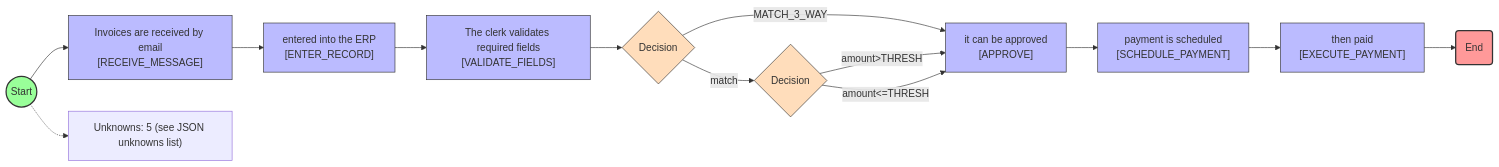
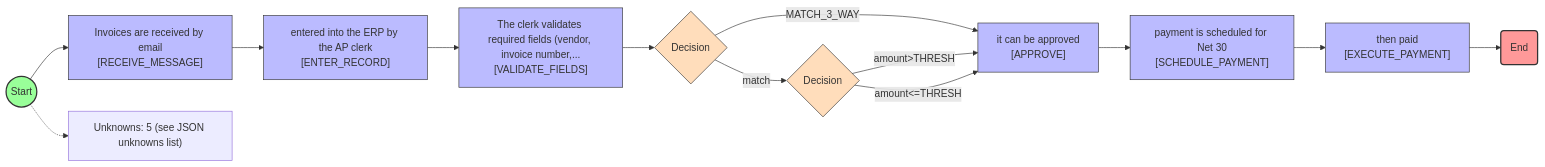
One commit to Trevmichi/process-extraction-kernel changed the diagram in outputs/ap_doc_001_auto.mmd. Above: the diagram before and after it, drawn with Mermaid. The commit also changed 59 other files, not shown here.

```diff
--- a/outputs/ap_doc_001_auto.mmd
+++ b/outputs/ap_doc_001_auto.mmd
@@ -1,34 +1,34 @@
 flowchart LR
   n1((Start))
   n2["Invoices are received by email\n[RECEIVE_MESSAGE]"]
-  n3["entered into the ERP\n[ENTER_RECORD]"]
-  n4["The clerk validates required fields\n[VALIDATE_FIELDS]"]
+  n3["entered into the ERP by the AP clerk\n[ENTER_RECORD]"]
+  n4["The clerk validates required fields (vendor, invoice number,...\n[VALIDATE_FIELDS]"]
   n5{"Decision\n<MATCH_3_WAY>"}
   n6["it can be approved\n[APPROVE]"]
   n7{"Decision\n<THRESHOLD_AMOUNT>"}
-  n8["payment is scheduled\n[SCHEDULE_PAYMENT]"]
+  n8["payment is scheduled for Net 30\n[SCHEDULE_PAYMENT]"]
   n9["then paid\n[EXECUTE_PAYMENT]"]
   n10(End)
   n1 --> n2
   n2 --> n3
   n3 --> n4
   n4 --> n5
   n5 -->|MATCH_3_WAY| n6
   n8 --> n9
   n9 --> n10
   n7 -->|amount>THRESH| n6
   n7 -->|amount<=THRESH| n6
   n6 --> n8
   n5 -->|match| n7
   U_NOTE["Unknowns: 5 (see JSON unknowns list)"]
   n1 -.-> U_NOTE
   style n1 fill:#9f9,stroke:#333,stroke-width:2px
   style n2 fill:#bbf,stroke:#333,stroke-width:1px
   style n3 fill:#bbf,stroke:#333,stroke-width:1px
   style n4 fill:#bbf,stroke:#333,stroke-width:1px
   style n5 fill:#fdb,stroke:#333,stroke-width:1px
   style n6 fill:#bbf,stroke:#333,stroke-width:1px
   style n7 fill:#fdb,stroke:#333,stroke-width:1px
   style n8 fill:#bbf,stroke:#333,stroke-width:1px
   style n9 fill:#bbf,stroke:#333,stroke-width:1px
   style n10 fill:#f99,stroke:#333,stroke-width:2px
```
